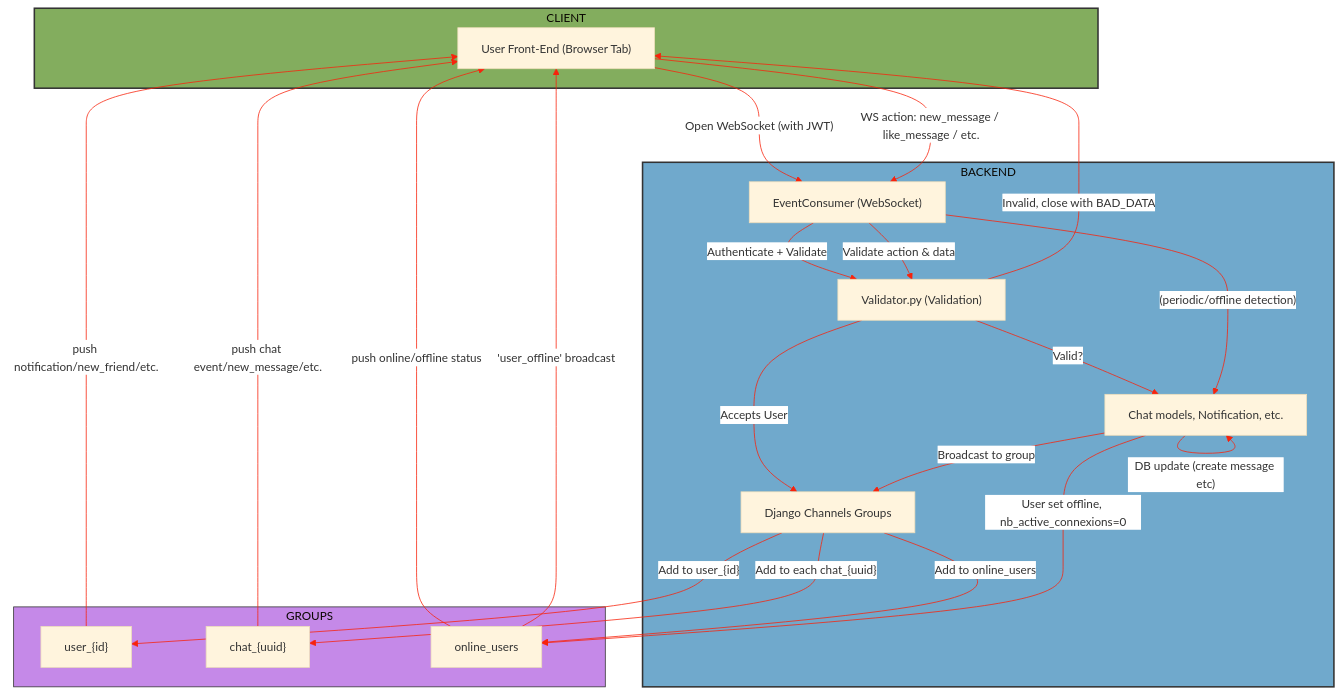
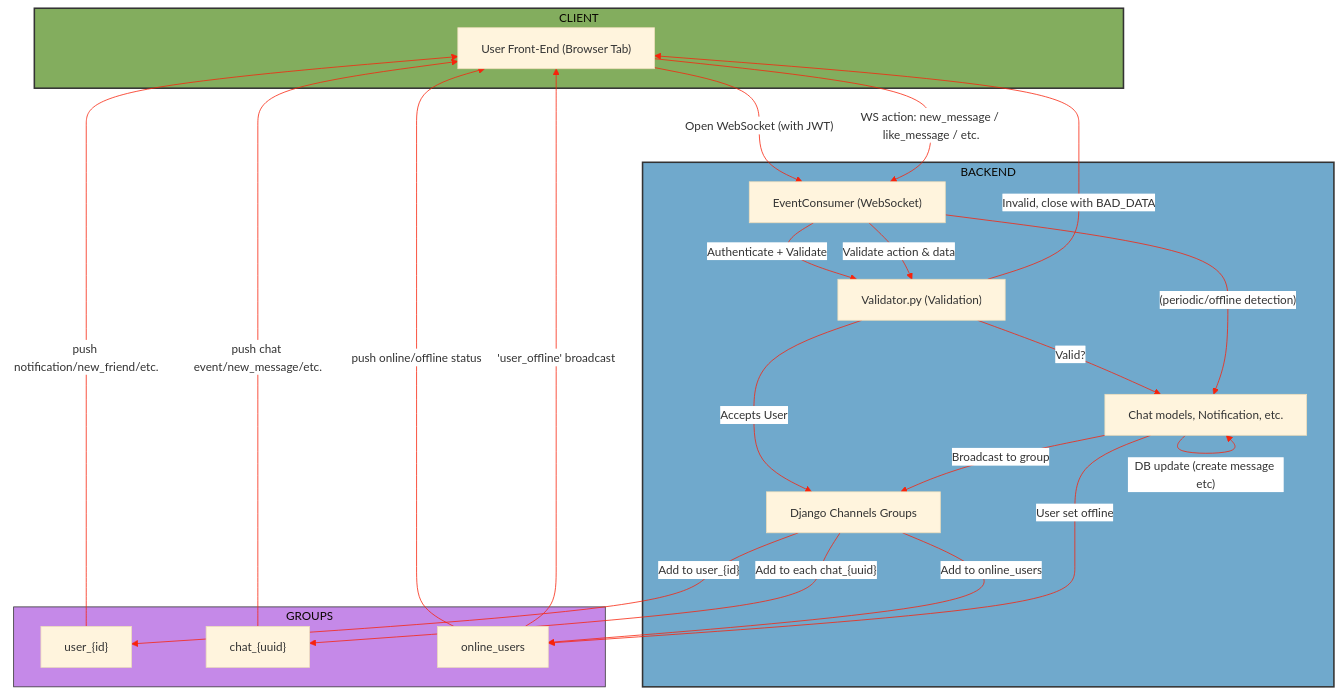
One commit to ysengoku/42-ft_transcendence changed the diagram in doc/server/CHAT.md. Above: the diagram before and after it, drawn with Mermaid.

````diff
--- a/doc/server/CHAT.md
+++ b/doc/server/CHAT.md
@@ -167,69 +167,69 @@
 ```mermaid
 ---
 config:
   layout: dagre
   look: classic
   theme: base
   themeVariables:
     lineColor: '#f7230c'
     textColor: '#191919'
     fontSize: 15px
     nodeTextColor: '#000'
     edgeLabelBackground: '#fff'
 ---
 flowchart TD
   %% Clients
   subgraph CLIENT
   A["User Front-End (Browser Tab)"]
   end
 
 
   %% Backend components
   subgraph BACKEND
     B["EventConsumer (WebSocket)"]
     C["Validator.py (Validation)"]
     D[Chat models, Notification, etc.]
     E[Django Channels Groups]
   end
 
   %% WebSocket groups
   subgraph GROUPS
     F["user_{id}"]
     G["chat_{uuid}"]
     H["online_users"]
   end
 
   %% WebSocket handshake
   A -- "Open WebSocket (with JWT)" --> B
 
   %% Join groups after validation
   B -- "Authenticate + Validate" --> C
   C -- "Accepts User" --> E
   E -- "Add to user_{id}" --> F
   E -- "Add to online_users" --> H
   E -- "Add to each chat_{uuid}" --> G
 
   %% Real-time message flow
   A -- "WS action: new_message / like_message / etc." --> B
   B -- "Validate action & data" --> C
   C -- "Valid?" --> D
   D -- "DB update (create message etc)" --> D
   D -- "Broadcast to group" --> E
 
   %% Group broadcasts back to clients
   F -- "push notification/new_friend/etc." --> A
   G -- "push chat event/new_message/etc." --> A
   H -- "push online/offline status" --> A
 
   %% Error/Validation fails
   C -- "Invalid, close with BAD_DATA" --> A
 
   %% Crontab/Inactive disconnect
   B -- "(periodic/offline detection)" --> D
-  D -- "User set offline, nb_active_connexions=0" --> H
+  D -- "User set offline" --> H
   H -- "'user_offline' broadcast" --> A
   %% Styling
   style CLIENT fill:#83ad5e,stroke:#333,stroke-width:2px
   style BACKEND fill:#70a9cc,stroke:#333,stroke-width:2px
   style GROUPS fill:#c589e8,stroke:#333,stroke-width:1px
 ```
````
